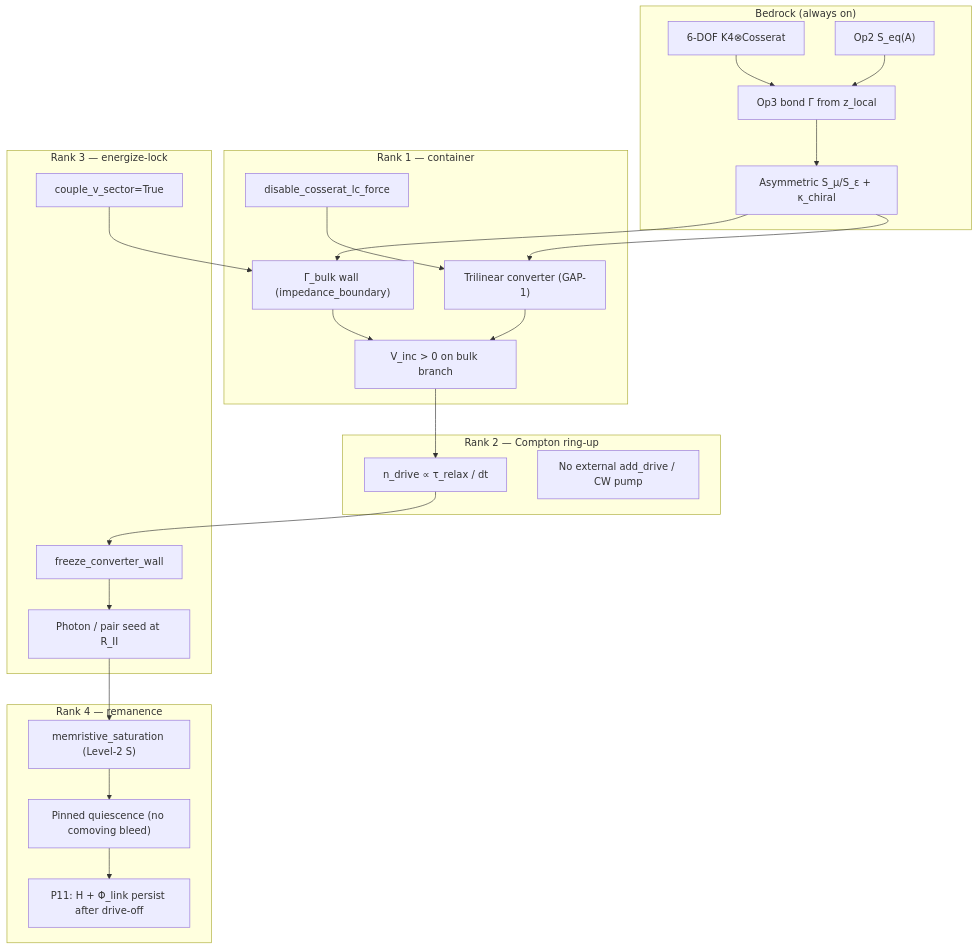
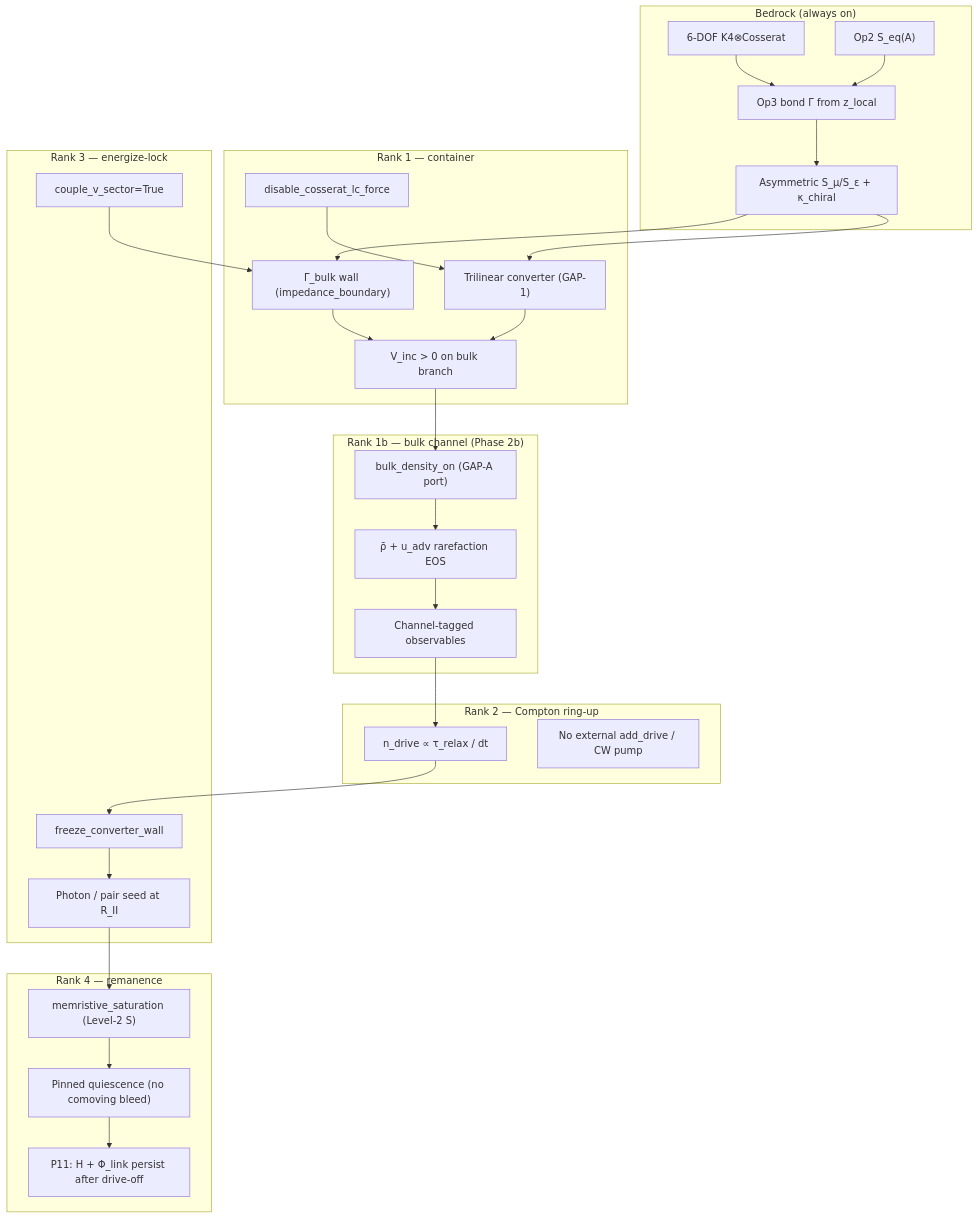
One commit to ave-veritas-et-enodatio/AVE-Core changed the diagram in _orchestration/2026-06-12_loop-gap-engine-dag.md. Above: the diagram before and after it, drawn with Mermaid. The commit also changed other lines of this file and 3 other files, not shown here.

First line of the commit message:
Draft Phase 2b bulk-channel prereg for LOOP GAP harness.

````diff
--- a/_orchestration/2026-06-12_loop-gap-engine-dag.md
+++ b/_orchestration/2026-06-12_loop-gap-engine-dag.md
@@ -23,49 +23,58 @@
 ```mermaid
 flowchart TD
   subgraph bedrock["Bedrock (always on)"]
     A1["6-DOF K4⊗Cosserat"]
     A4["Op2 S_eq(A)"]
     OP3["Op3 bond Γ from z_local"]
     ASYM["Asymmetric S_μ/S_ε + κ_chiral"]
   end
 
   subgraph r1["Rank 1 — container"]
     VINC["V_inc > 0 on bulk branch"]
     GAP1["Trilinear converter (GAP-1)"]
     A28["disable_cosserat_lc_force"]
     GAMMA["Γ_bulk wall (impedance_boundary)"]
+  end
+
+  subgraph r1b["Rank 1b — bulk channel (Phase 2b)"]
+    BULK["bulk_density_on (GAP-A port)"]
+    RHO["ρ̄ + u_adv rarefaction EOS"]
+    CHTAG["Channel-tagged observables"]
   end
 
   subgraph r2["Rank 2 — Compton ring-up"]
     TAU["n_drive ∝ τ_relax / dt"]
     NOEXT["No external add_drive / CW pump"]
   end
 
   subgraph r3["Rank 3 — energize-lock"]
     FREEZE["freeze_converter_wall"]
     COUPLE["couple_v_sector=True"]
     SEED["Photon / pair seed at R_II"]
   end
 
   subgraph r4["Rank 4 — remanence"]
     MEM["memristive_saturation (Level-2 S)"]
     QUIET["Pinned quiescence (no comoving bleed)"]
     P11["P11: H + Φ_link persist after drive-off"]
   end
 
   A1 --> OP3
   A4 --> OP3
   OP3 --> ASYM
   ASYM --> GAMMA
   ASYM --> GAP1
   A28 --> GAP1
   GAP1 --> VINC
   GAMMA --> VINC
-  VINC --> TAU
+  VINC --> BULK
+  BULK --> RHO
+  RHO --> CHTAG
+  CHTAG --> TAU
   TAU --> FREEZE
   FREEZE --> SEED
   COUPLE --> GAMMA
   SEED --> MEM
   MEM --> QUIET
   QUIET --> P11
 ```
````
